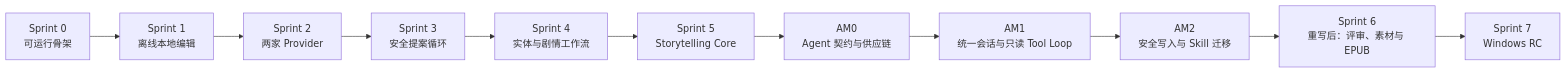
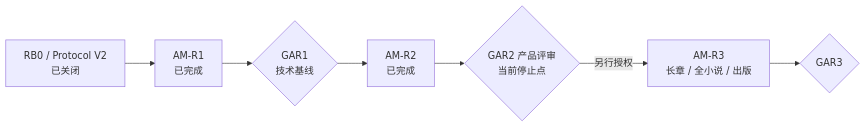
The diagram in docs/sprint-plan.zh-CN.md (Leonherb/NovelGainker), drawn with Mermaid before and after one commit. The commit also changed other lines of this file and 131 other files, not shown here.

````diff
--- a/docs/sprint-plan.zh-CN.md
+++ b/docs/sprint-plan.zh-CN.md
@@ -94,13 +45,9 @@
 ```mermaid
 flowchart LR
-    S0[Sprint 0<br/>可运行骨架] --> S1[Sprint 1<br/>离线本地编辑]
-    S1 --> S2[Sprint 2<br/>两家 Provider]
-    S2 --> S3[Sprint 3<br/>安全提案循环]
-    S3 --> S4[Sprint 4<br/>实体与剧情工作流]
-    S4 --> S5[Sprint 5<br/>Storytelling Core]
-    S5 --> AM0[AM0<br/>Agent 契约与供应链]
-    AM0 --> AM1[AM1<br/>统一会话与只读 Tool Loop]
-    AM1 --> AM2[AM2<br/>安全写入与 Skill 迁移]
-    AM2 --> S6[Sprint 6<br/>重写后：评审、素材与 EPUB]
-    S6 --> S7[Sprint 7<br/>Windows RC]
+    RB0[RB0 / Protocol V2<br/>已关闭] --> AMR1[AM-R1<br/>已完成]
+    AMR1 --> GAR1{GAR1<br/>技术基线}
+    GAR1 --> AMR2[AM-R2<br/>已完成]
+    AMR2 --> GAR2{GAR2 产品评审<br/>当前停止点}
+    GAR2 -->|另行授权| AMR3[AM-R3<br/>长章 / 全小说 / 出版]
+    AMR3 --> GAR3{GAR3}
 ```
````
